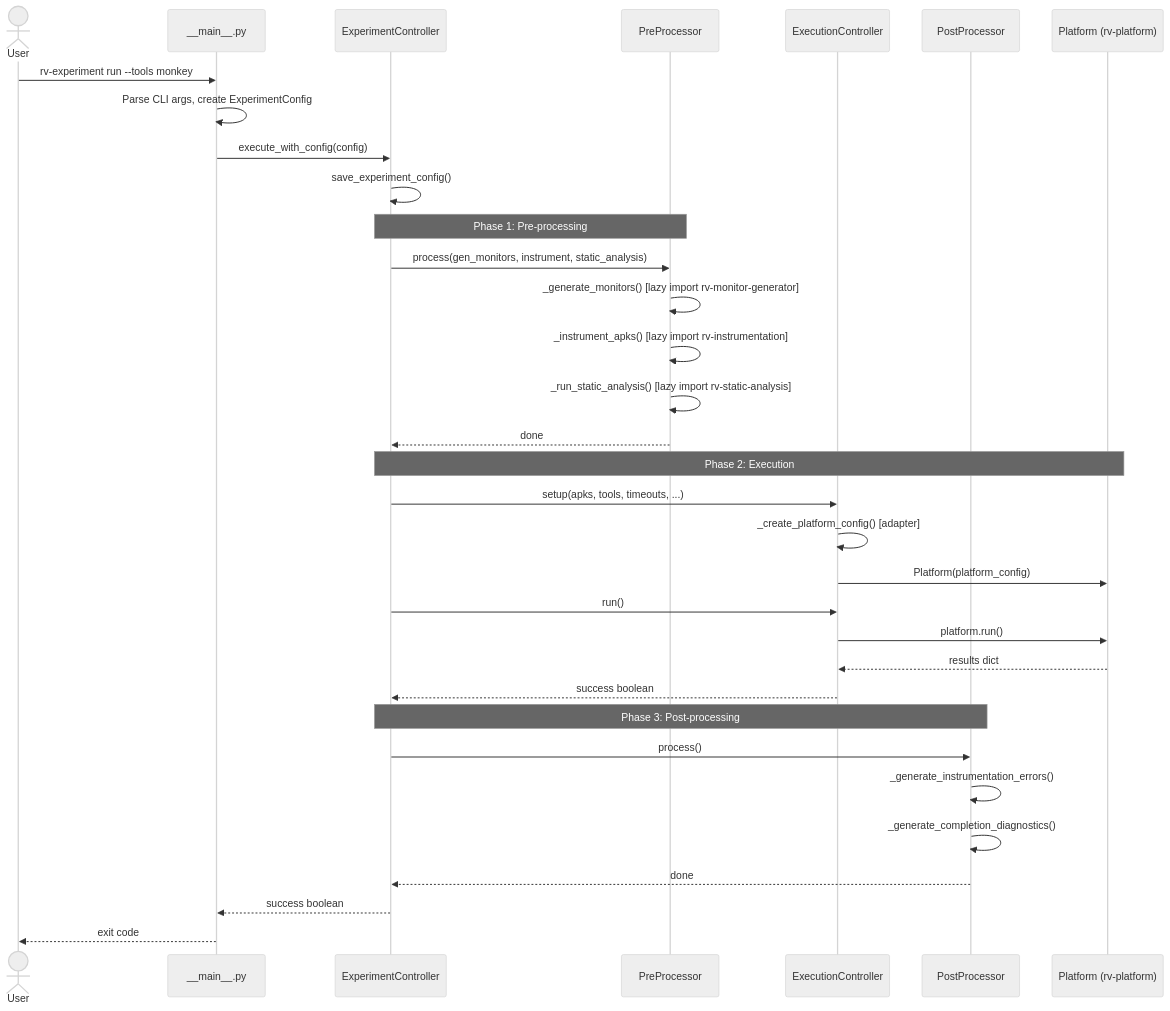
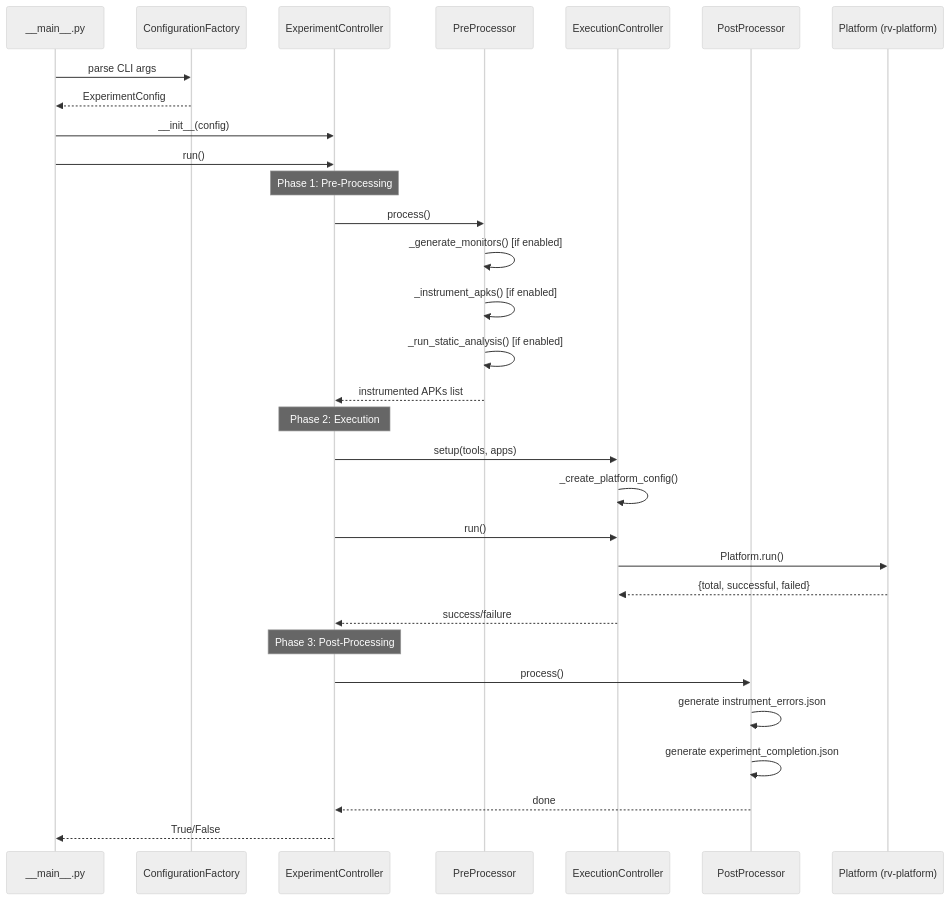
One commit to PAMunb/rvsec changed the third of 4 diagrams in rv-android/modules/rv-experiment/docs/architecture.md. Above: the diagram before and after it, drawn with Mermaid. The commit also changed other lines of this file and 17 other files, not shown here.

First line of the commit message:
docs(tg5): architecture docs for all 13 modules + aperv spec rewrite + script updates (refs #48)

````diff
--- a/rv-android/modules/rv-experiment/docs/architecture.md
+++ b/rv-android/modules/rv-experiment/docs/architecture.md
@@ -244,41 +279,39 @@
 ```mermaid
 %%{init: {'theme': 'neutral'}}%%
 sequenceDiagram
-    actor User
     participant CLI as __main__.py
+    participant CF as ConfigurationFactory
     participant EC as ExperimentController
     participant PP as PreProcessor
     participant XC as ExecutionController
     participant PO as PostProcessor
-    participant PL as Platform (rv-platform)
+    participant PLT as Platform (rv-platform)
 
-    User->>CLI: rv-experiment run --tools monkey
-    CLI->>CLI: Parse CLI args, create ExperimentConfig
-    CLI->>EC: execute_with_config(config)
-    EC->>EC: save_experiment_config()
+    CLI->>CF: parse CLI args
+    CF-->>CLI: ExperimentConfig
+    CLI->>EC: __init__(config)
+    CLI->>EC: run()
 
-    Note over EC,PP: Phase 1: Pre-processing
-    EC->>PP: process(gen_monitors, instrument, static_analysis)
-    PP->>PP: _generate_monitors() [lazy import rv-monitor-generator]
-    PP->>PP: _instrument_apks() [lazy import rv-instrumentation]
-    PP->>PP: _run_static_analysis() [lazy import rv-static-analysis]
-    PP-->>EC: done
+    Note over EC: Phase 1: Pre-Processing
+    EC->>PP: process()
+    PP->>PP: _generate_monitors() [if enabled]
+    PP->>PP: _instrument_apks() [if enabled]
+    PP->>PP: _run_static_analysis() [if enabled]
+    PP-->>EC: instrumented APKs list
 
-    Note over EC,PL: Phase 2: Execution
-    EC->>XC: setup(apks, tools, timeouts, ...)
-    XC->>XC: _create_platform_config() [adapter]
-    XC->>PL: Platform(platform_config)
+    Note over EC: Phase 2: Execution
+    EC->>XC: setup(tools, apps)
+    XC->>XC: _create_platform_config()
     EC->>XC: run()
-    XC->>PL: platform.run()
-    PL-->>XC: results dict
-    XC-->>EC: success boolean
+    XC->>PLT: Platform.run()
+    PLT-->>XC: {total, successful, failed}
+    XC-->>EC: success/failure
 
-    Note over EC,PO: Phase 3: Post-processing
+    Note over EC: Phase 3: Post-Processing
     EC->>PO: process()
-    PO->>PO: _generate_instrumentation_errors()
-    PO->>PO: _generate_completion_diagnostics()
+    PO->>PO: generate instrument_errors.json
+    PO->>PO: generate experiment_completion.json
     PO-->>EC: done
 
-    EC-->>CLI: success boolean
-    CLI-->>User: exit code
+    EC-->>CLI: True/False
 ```
````
